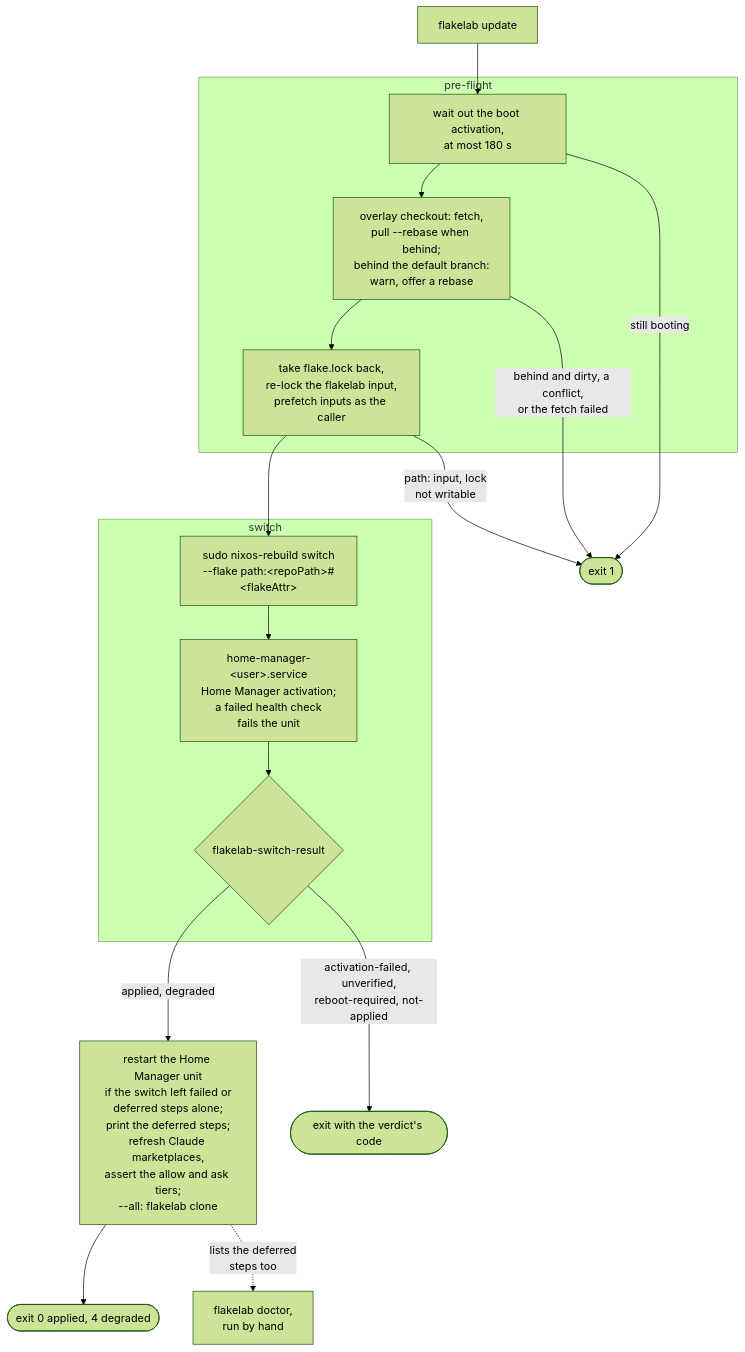
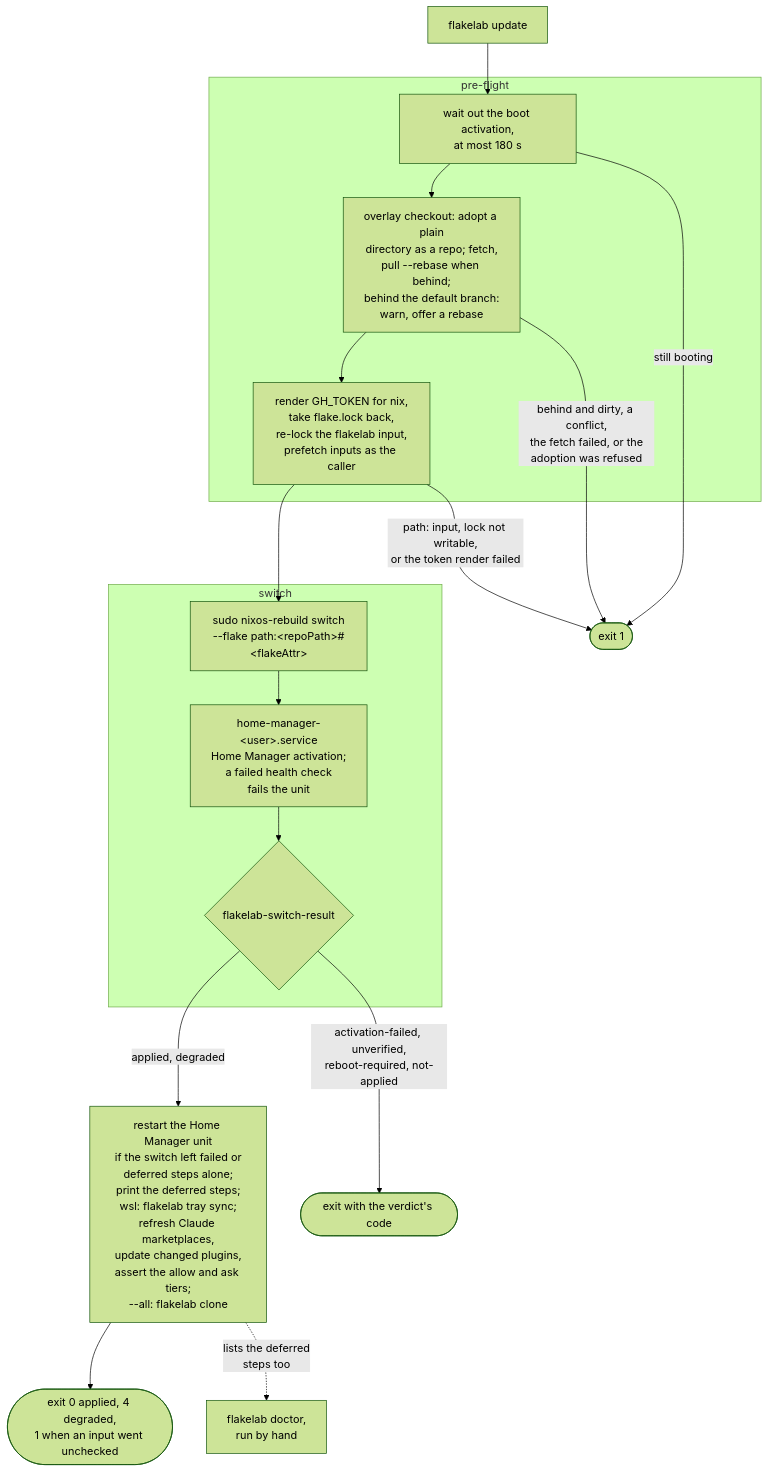
The third of 4 diagrams in ARCHITECTURE.md (tyclab/flakelab), drawn with Mermaid (forest theme) before and after one commit. The commit also changed other lines of this file and 7 other files, not shown here.

First line of the commit message:
docs: drop the empty backlog and done plans, correct and trim ARCHITECTURE.md

````diff
--- a/ARCHITECTURE.md
+++ b/ARCHITECTURE.md
@@ -390,27 +270,27 @@
 ```mermaid
 flowchart TB
     START["flakelab update"]
     subgraph pre["pre-flight"]
         BOOT["wait out the boot activation,<br/>at most 180 s"]
-        DRIFT["overlay checkout: fetch,<br/>pull --rebase when behind;<br/>behind the default branch:<br/>warn, offer a rebase"]
-        LOCK["take flake.lock back,<br/>re-lock the flakelab input,<br/>prefetch inputs as the caller"]
+        DRIFT["overlay checkout: adopt a plain<br/>directory as a repo; fetch,<br/>pull --rebase when behind;<br/>behind the default branch:<br/>warn, offer a rebase"]
+        LOCK["render GH_TOKEN for nix,<br/>take flake.lock back,<br/>re-lock the flakelab input,<br/>prefetch inputs as the caller"]
     end
     subgraph sw["switch"]
         REBUILD["sudo nixos-rebuild switch<br/>--flake path:#lt;repoPath#gt;#35;#lt;flakeAttr#gt;"]
         HM["home-manager-#lt;user#gt;.service<br/>Home Manager activation;<br/>a failed health check<br/>fails the unit"]
         RESULT{"flakelab-switch-result"}
     end
-    POST["restart the Home Manager unit<br/>if the switch left failed or<br/>deferred steps alone;<br/>print the deferred steps;<br/>refresh Claude marketplaces,<br/>assert the allow and ask tiers;<br/>--all: flakelab clone"]
+    POST["restart the Home Manager unit<br/>if the switch left failed or<br/>deferred steps alone;<br/>print the deferred steps;<br/>wsl: flakelab tray sync;<br/>refresh Claude marketplaces,<br/>update changed plugins,<br/>assert the allow and ask tiers;<br/>--all: flakelab clone"]
     STOP(["exit 1"])
     CODE(["exit with the verdict's code"])
-    DONE(["exit 0 applied, 4 degraded"])
+    DONE(["exit 0 applied, 4 degraded,<br/>1 when an input went unchecked"])
     DOCTOR["flakelab doctor,<br/>run by hand"]
 
     START --> BOOT --> DRIFT --> LOCK --> REBUILD --> HM --> RESULT
     BOOT -->|"still booting"| STOP
-    DRIFT -->|"behind and dirty, a conflict,<br/>or the fetch failed"| STOP
-    LOCK -->|"path: input, lock<br/>not writable"| STOP
+    DRIFT -->|"behind and dirty, a conflict,<br/>the fetch failed, or the<br/>adoption was refused"| STOP
+    LOCK -->|"path: input, lock not writable,<br/>or the token render failed"| STOP
     RESULT -->|"applied, degraded"| POST --> DONE
     RESULT -->|"activation-failed, unverified,<br/>reboot-required, not-applied"| CODE
     POST -.->|"lists the deferred<br/>steps too"| DOCTOR
 ```
````
